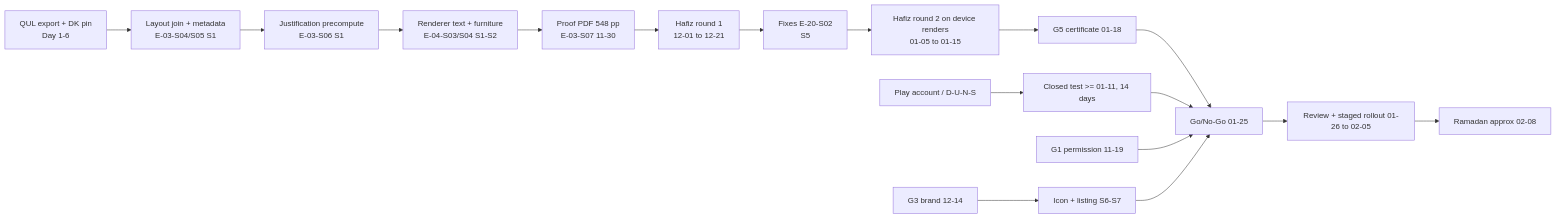
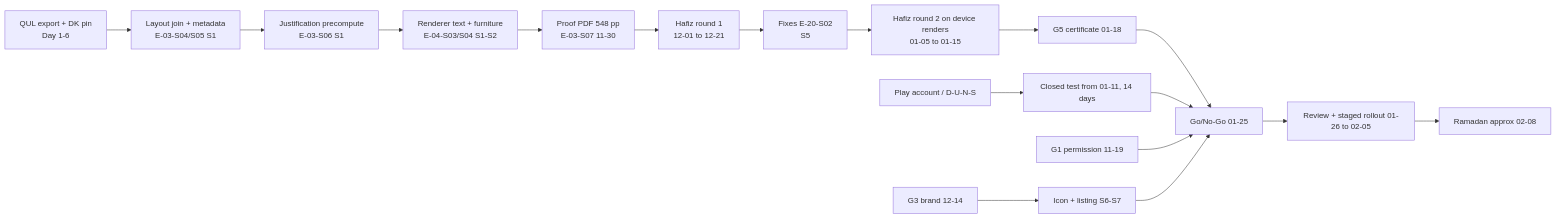
One commit to Chughtaie/criterion changed the second of 2 diagrams in docs/plan/09-roadmap-backlog.md. Above: the diagram before and after it, drawn with Mermaid. The commit also changed other lines of this file, not shown here.

First line of the commit message:
Add roadmap and backlog plan draft (checkpoint)

````diff
--- a/docs/plan/09-roadmap-backlog.md
+++ b/docs/plan/09-roadmap-backlog.md
@@ -456,18 +456,18 @@
 ```mermaid
 flowchart LR
   A[QUL export + DK pin<br/>Day 1-6] --> B[Layout join + metadata<br/>E-03-S04/S05 S1]
   B --> C[Justification precompute<br/>E-03-S06 S1]
   C --> D[Renderer text + furniture<br/>E-04-S03/S04 S1-S2]
   D --> E[Proof PDF 548 pp<br/>E-03-S07 11-30]
   E --> F[Hafiz round 1<br/>12-01 to 12-21]
   F --> G[Fixes E-20-S02<br/>S5]
   G --> H[Hafiz round 2 on device renders<br/>01-05 to 01-15]
   H --> I[G5 certificate 01-18]
   I --> J[Go/No-Go 01-25]
-  K[Closed test >= 01-11, 14 days] --> J
+  K[Closed test from 01-11, 14 days] --> J
   L[G1 permission 11-19] --> J
   M[G3 brand 12-14] --> N[Icon + listing S6-S7] --> J
   O[Play account / D-U-N-S] --> K
   J --> P[Review + staged rollout 01-26 to 02-05]
   P --> Q[Ramadan approx 02-08]
 ```
````
